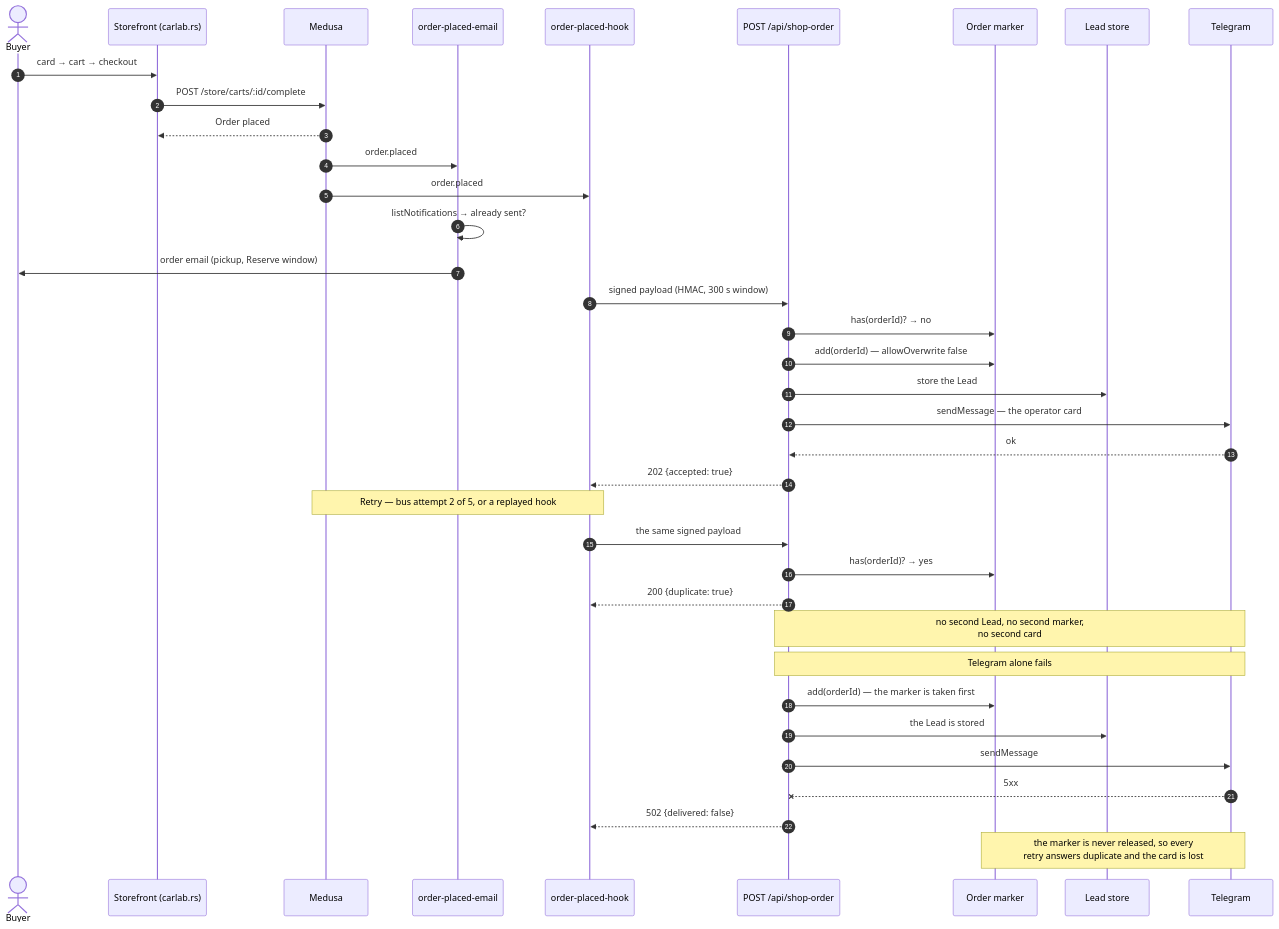
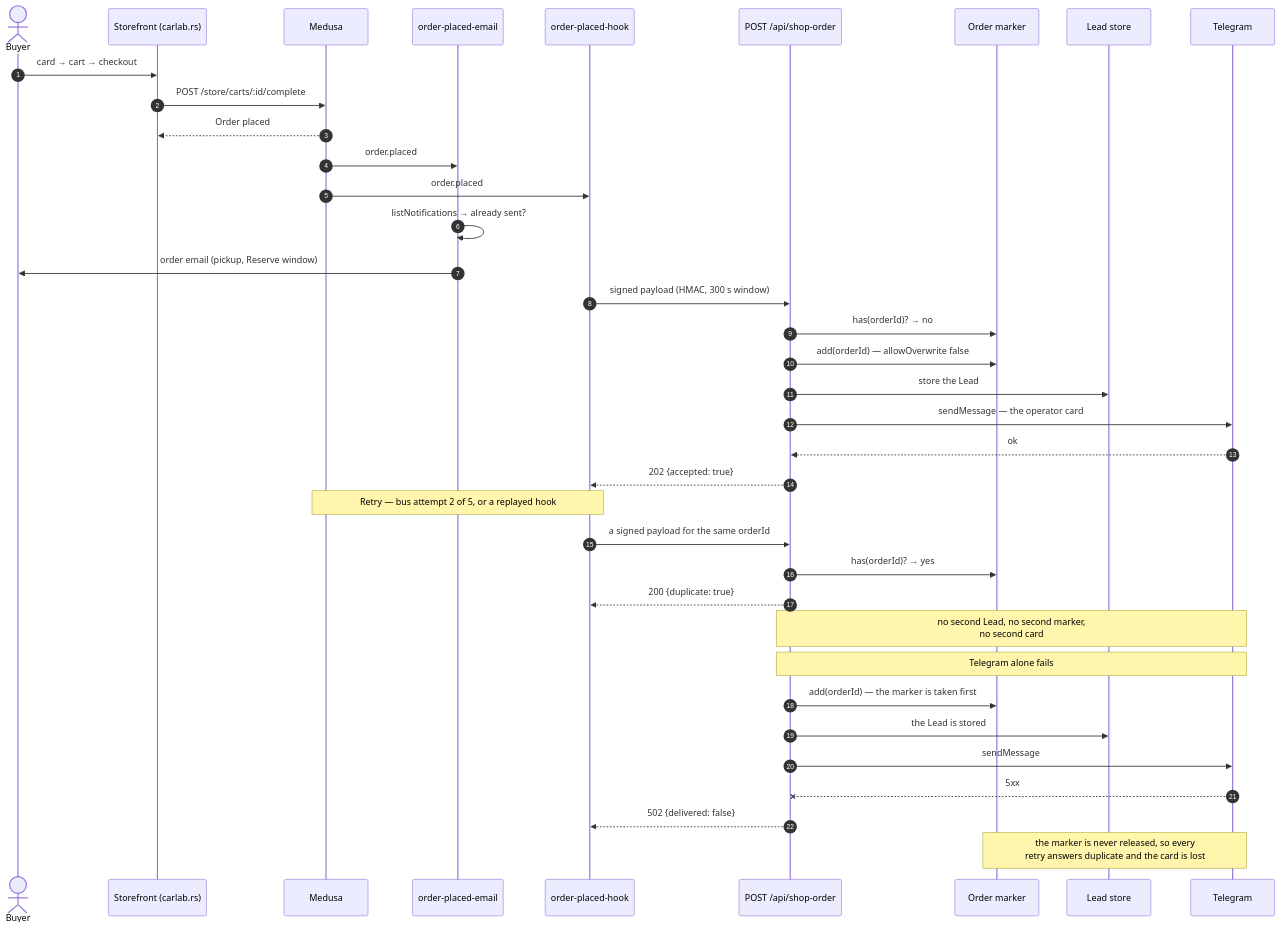
The second of 2 diagrams in docs/guides/shop-funnel-testing.md (Zikrasoft/approved_rs), drawn with Mermaid before and after one commit. The commit also changed other lines of this file and 3 other files, not shown here.

````diff
--- a/docs/guides/shop-funnel-testing.md
+++ b/docs/guides/shop-funnel-testing.md
@@ -300,44 +305,44 @@
 ```mermaid
 sequenceDiagram
   autonumber
   actor Buyer
   participant SF as Storefront (carlab.rs)
   participant M as Medusa
   participant EM as order-placed-email
   participant HK as order-placed-hook
   participant API as POST /api/shop-order
   participant MK as Order marker
   participant LS as Lead store
   participant TG as Telegram
 
   Buyer->>SF: card → cart → checkout
   SF->>M: POST /store/carts/:id/complete
   M-->>SF: Order placed
   M->>EM: order.placed
   M->>HK: order.placed
 
   EM->>EM: listNotifications → already sent?
   EM->>Buyer: order email (pickup, Reserve window)
 
   HK->>API: signed payload (HMAC, 300 s window)
   API->>MK: has(orderId)? → no
   API->>MK: add(orderId) — allowOverwrite false
   API->>LS: store the Lead
   API->>TG: sendMessage — the operator card
   TG-->>API: ok
   API-->>HK: 202 {accepted: true}
 
   Note over M,HK: Retry — bus attempt 2 of 5, or a replayed hook
-  HK->>API: the same signed payload
+  HK->>API: a signed payload for the same orderId
   API->>MK: has(orderId)? → yes
   API-->>HK: 200 {duplicate: true}
   Note over API,TG: no second Lead, no second marker,<br/>no second card
 
   Note over API,TG: Telegram alone fails
   API->>MK: add(orderId) — the marker is taken first
   API->>LS: the Lead is stored
   API->>TG: sendMessage
   TG--xAPI: 5xx
   API-->>HK: 502 {delivered: false}
   Note over MK,TG: the marker is never released, so every<br/>retry answers duplicate and the card is lost
 ```
````
